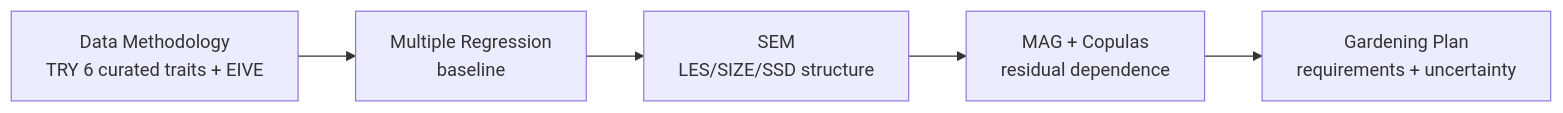
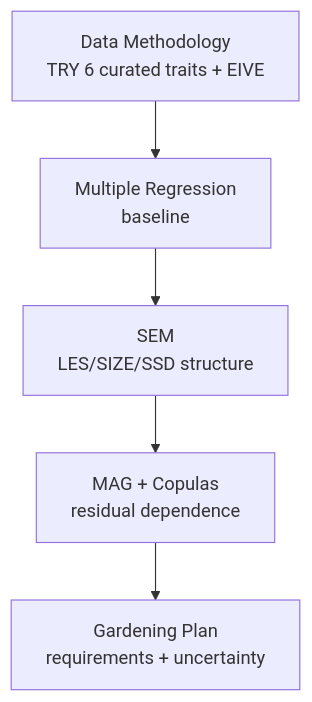
The diagram in README.md (jaredquekjz/plantguide), drawn with Mermaid before and after one commit. The commit also changed other lines of this file, not shown here.

Commit message:
docs: switch Mermaid to top-down (TD); add Final SEM Equations block after core traits with adopted forms and references

````diff
--- a/README.md
+++ b/README.md
@@ -19,7 +19,7 @@
 ```mermaid
-flowchart LR
+flowchart TD
   A[Data Methodology\nTRY 6 curated traits + EIVE] --> B[Multiple Regression\nbaseline]
   B --> C[SEM\nLES/SIZE/SSD structure]
   C --> D[MAG + Copulas\nresidual dependence]
   D --> E[Gardening Plan\nrequirements + uncertainty]
 ```
````
